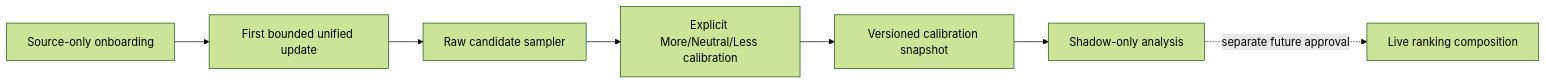
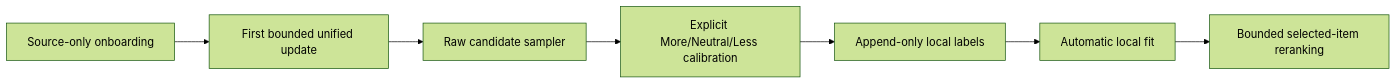
The diagram in contracts/calibration-engine-v0.md (abangkis/AkuBrowser), drawn with Mermaid (forest theme) before and after one commit. The commit also changed other lines of this file and 8 other files, not shown here.

Commit message:
docs: define preference runtime architecture

````diff
--- a/contracts/calibration-engine-v0.md
+++ b/contracts/calibration-engine-v0.md
@@ -11,9 +11,9 @@
 ```mermaid
 flowchart LR
   O["Source-only onboarding"] --> U["First bounded unified update"]
   U --> S["Raw candidate sampler"]
   S --> C["Explicit More/Neutral/Less calibration"]
-  C --> P["Versioned calibration snapshot"]
-  P --> X["Shadow-only analysis"]
-  X -. "separate future approval" .-> R["Live ranking composition"]
+  C --> P["Append-only local labels"]
+  P --> F["Automatic local fit"]
+  F --> R["Bounded selected-item reranking"]
 ```
````
